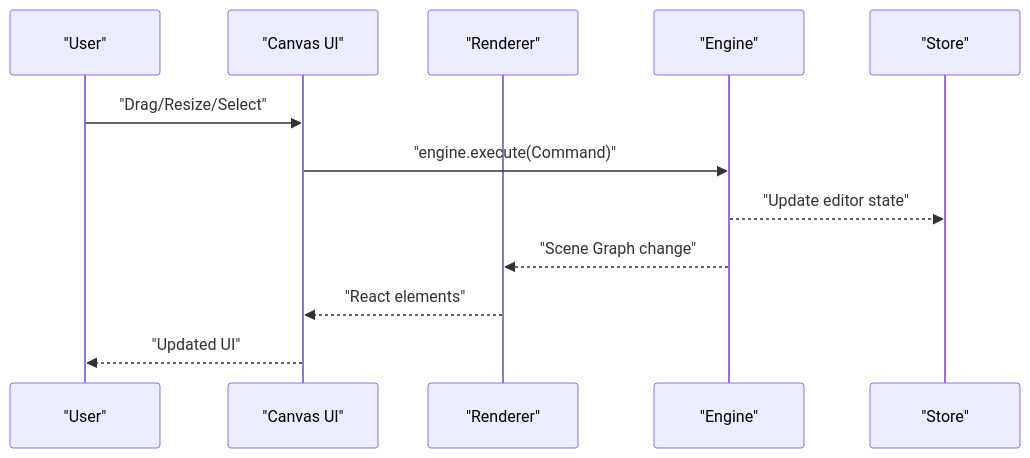
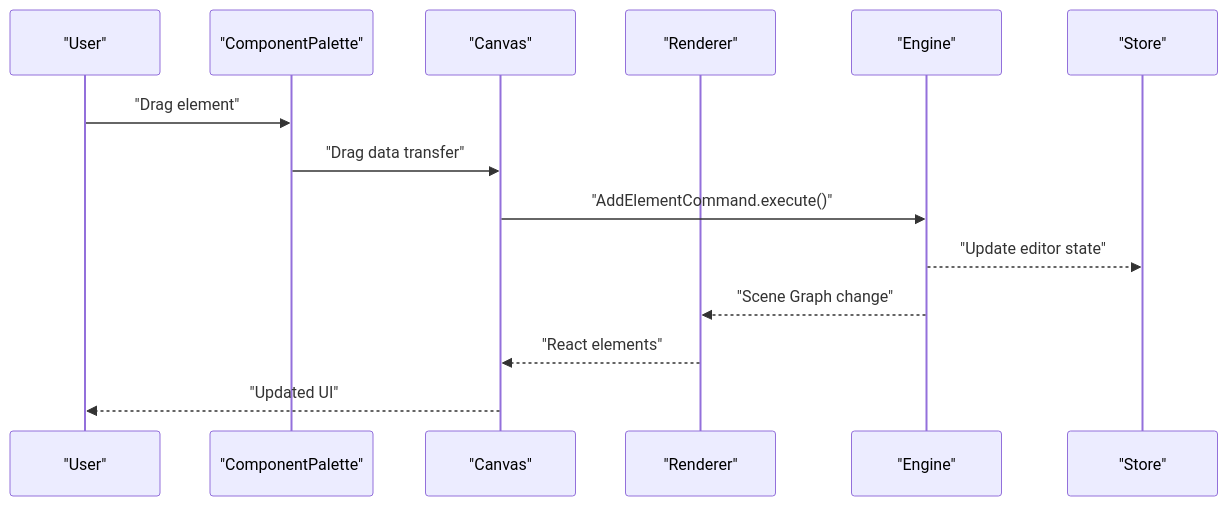
The second of 3 diagrams in .qoder/repowiki/en/content/User Interface Components.md (Anna0314zy/ai_editor_enginer), drawn with Mermaid before and after one commit. The commit also changed other lines of this file and 41 other files, not shown here.

````diff
--- a/.qoder/repowiki/en/content/User Interface Components.md
+++ b/.qoder/repowiki/en/content/User Interface Components.md
@@ -122,14 +145,16 @@
 ```mermaid
 sequenceDiagram
 participant U as "User"
-participant UI as "Canvas UI"
+participant P as "ComponentPalette"
+participant C as "Canvas"
 participant R as "Renderer"
 participant E as "Engine"
 participant S as "Store"
-U->>UI : "Drag/Resize/Select"
-UI->>E : "engine.execute(Command)"
+U->>P : "Drag element"
+P->>C : "Drag data transfer"
+C->>E : "AddElementCommand.execute()"
 E-->>S : "Update editor state"
 E-->>R : "Scene Graph change"
-R-->>UI : "React elements"
-UI-->>U : "Updated UI"
+R-->>C : "React elements"
+C-->>U : "Updated UI"
 ```
````
